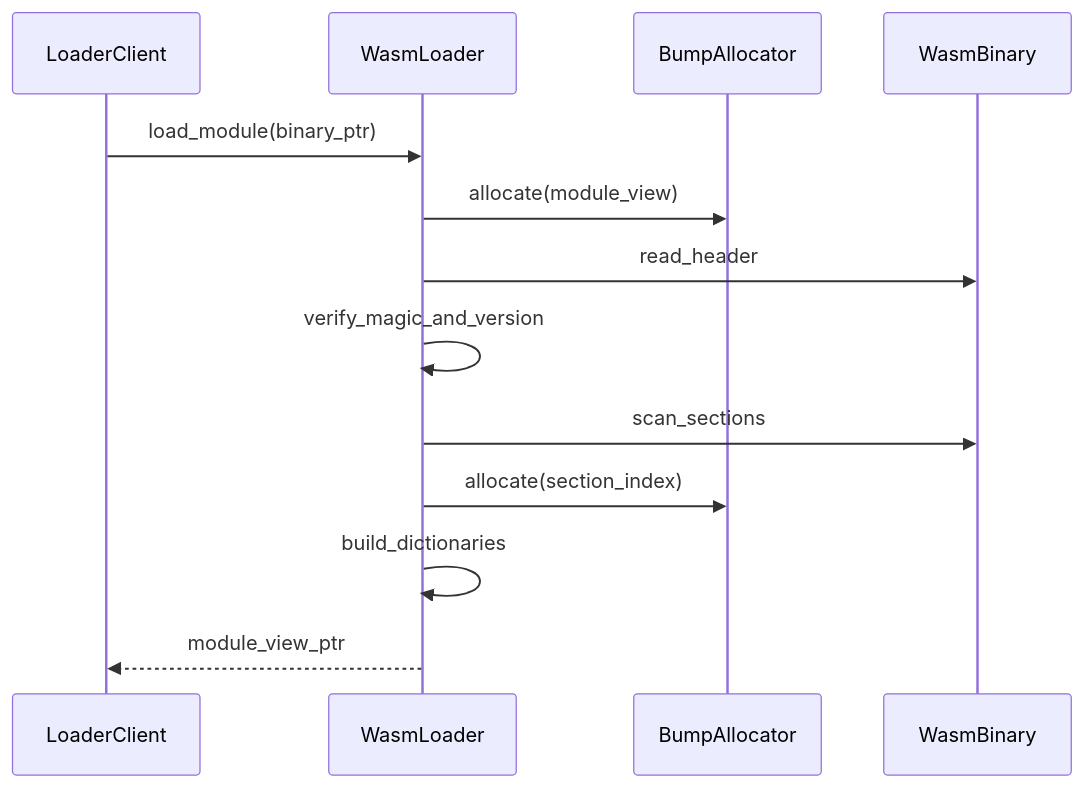
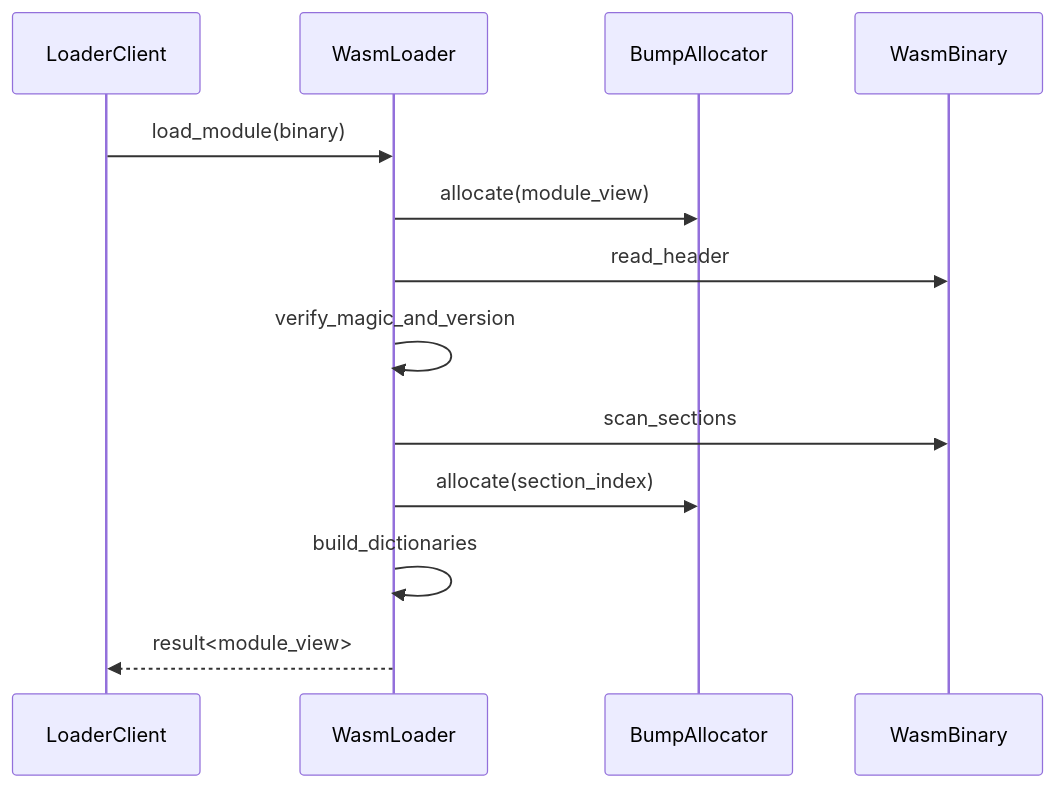
One commit to kmt-t/fireball changed the third of 3 diagrams in docs/orders/components/loader.md. Above: the diagram before and after it, drawn with Mermaid. The commit also changed other lines of this file and 16 other files, not shown here.

````diff
--- a/docs/orders/components/loader.md
+++ b/docs/orders/components/loader.md
@@ -98,16 +98,16 @@
 ```mermaid
 sequenceDiagram
     participant Client as LoaderClient
     participant Loader as WasmLoader
     participant Alloc as BumpAllocator
     participant ROM as WasmBinary
     
-    Client->>Loader: load_module(binary_ptr)
+    Client->>Loader: load_module(binary)
     Loader->>Alloc: allocate(module_view)
     Loader->>ROM: read_header
     Loader->>Loader: verify_magic_and_version
     Loader->>ROM: scan_sections
     Loader->>Alloc: allocate(section_index)
     Loader->>Loader: build_dictionaries
-    Loader-->>Client: module_view_ptr
+    Loader-->>Client: result<module_view>
 ```
````
